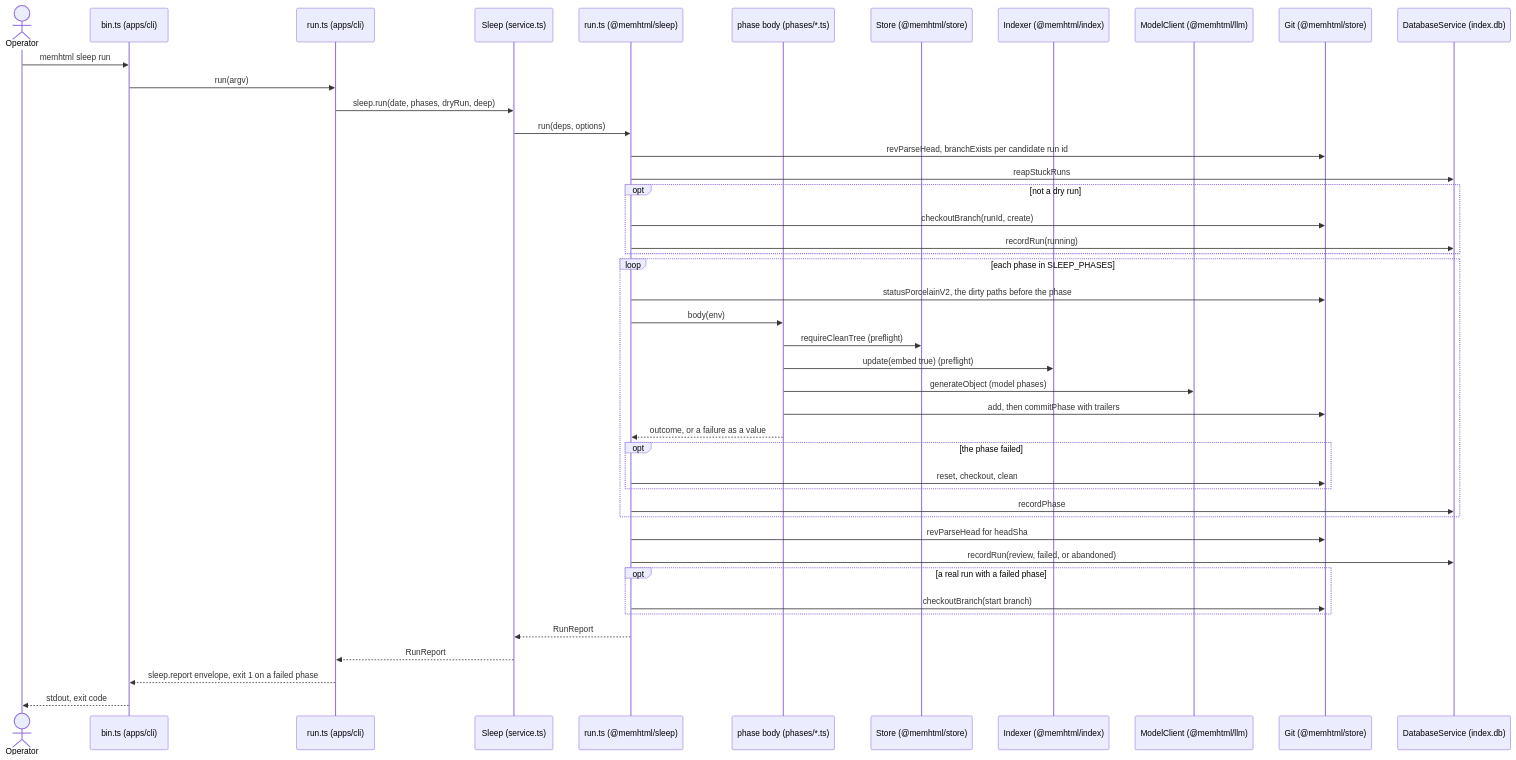
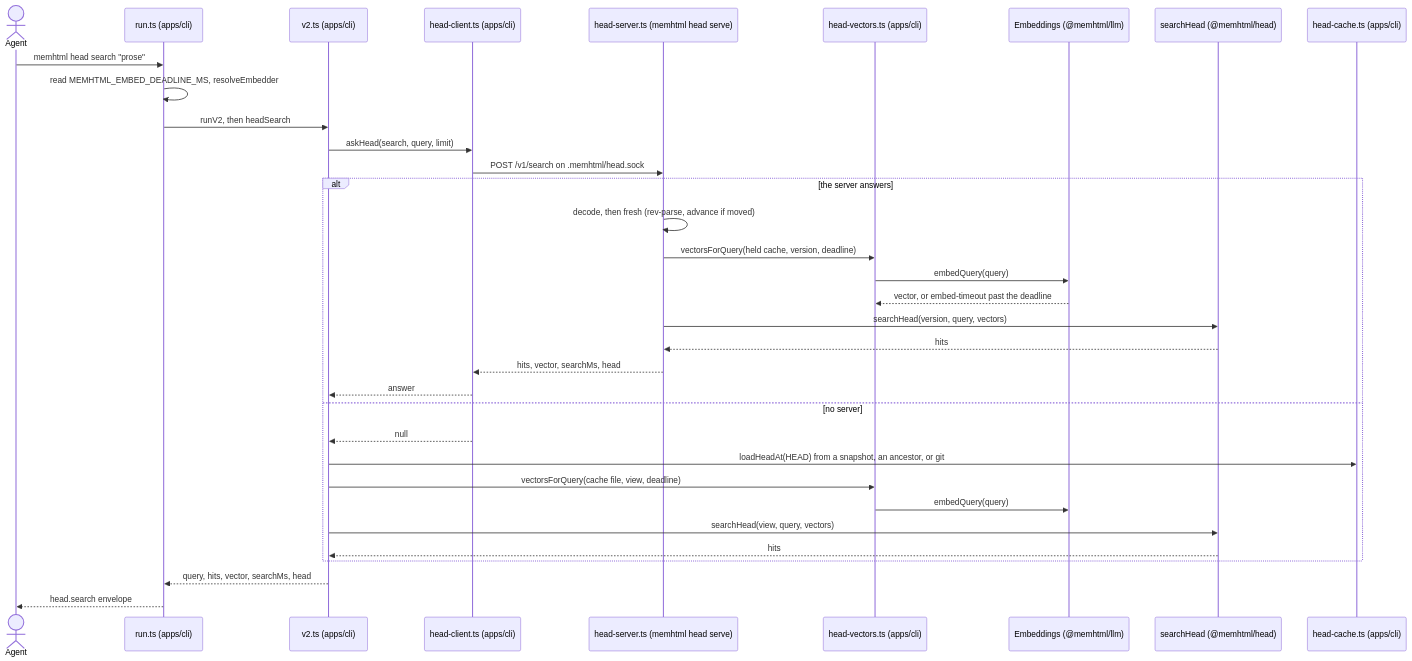
Before and after one commit to memhtml/memhtml: the fifth of 6 diagrams in docs/diagrams/behavioral/sequences.md, drawn with Mermaid. The commit also changed other lines of this file and 492 other files, not shown here.

First line of the commit message:
feat!: hold the corpus as an immutable head, write through sessions, and curate on a branch (#287)

````diff
--- a/docs/diagrams/behavioral/sequences.md
+++ b/docs/diagrams/behavioral/sequences.md
@@ -179,47 +277,37 @@
 ```mermaid
 sequenceDiagram
-    actor Operator
-    participant Bin as bin.ts (apps/cli)
+    actor Agent
     participant Run as run.ts (apps/cli)
-    participant Sleep as Sleep (service.ts)
-    participant Runner as run.ts (@memhtml/sleep)
-    participant Phase as phase body (phases/*.ts)
-    participant Store as Store (@memhtml/store)
-    participant Indexer as Indexer (@memhtml/index)
-    participant Model as ModelClient (@memhtml/llm)
-    participant Git as Git (@memhtml/store)
-    participant Db as DatabaseService (index.db)
+    participant V2 as v2.ts (apps/cli)
+    participant Client as head-client.ts (apps/cli)
+    participant Server as head-server.ts (memhtml head serve)
+    participant Vectors as head-vectors.ts (apps/cli)
+    participant Emb as Embeddings (@memhtml/llm)
+    participant Search as searchHead (@memhtml/head)
+    participant Cache as head-cache.ts (apps/cli)
 
-    Operator->>Bin: memhtml sleep run
-    Bin->>Run: run(argv)
-    Run->>Sleep: sleep.run(date, phases, dryRun, deep)
-    Sleep->>Runner: run(deps, options)
-    Runner->>Git: revParseHead, branchExists per candidate run id
-    Runner->>Db: reapStuckRuns
-    opt not a dry run
-        Runner->>Git: checkoutBranch(runId, create)
-        Runner->>Db: recordRun(running)
+    Agent->>Run: memhtml head search "prose"
+    Run->>Run: read MEMHTML_EMBED_DEADLINE_MS, resolveEmbedder
+    Run->>V2: runV2, then headSearch
+    V2->>Client: askHead(search, query, limit)
+    Client->>Server: POST /v1/search on .memhtml/head.sock
+    alt the server answers
+        Server->>Server: decode, then fresh (rev-parse, advance if moved)
+        Server->>Vectors: vectorsForQuery(held cache, version, deadline)
+        Vectors->>Emb: embedQuery(query)
+        Emb-->>Vectors: vector, or embed-timeout past the deadline
+        Server->>Search: searchHead(version, query, vectors)
+        Search-->>Server: hits
+        Server-->>Client: hits, vector, searchMs, head
+        Client-->>V2: answer
+    else no server
+        Client-->>V2: null
+        V2->>Cache: loadHeadAt(HEAD) from a snapshot, an ancestor, or git
+        V2->>Vectors: vectorsForQuery(cache file, view, deadline)
+        Vectors->>Emb: embedQuery(query)
+        V2->>Search: searchHead(view, query, vectors)
+        Search-->>V2: hits
     end
-    loop each phase in SLEEP_PHASES
-        Runner->>Git: statusPorcelainV2, the dirty paths before the phase
-        Runner->>Phase: body(env)
-        Phase->>Store: requireCleanTree (preflight)
-        Phase->>Indexer: update(embed true) (preflight)
-        Phase->>Model: generateObject (model phases)
-        Phase->>Git: add, then commitPhase with trailers
-        Phase-->>Runner: outcome, or a failure as a value
-        opt the phase failed
-            Runner->>Git: reset, checkout, clean
-        end
-        Runner->>Db: recordPhase
-    end
-    Runner->>Git: revParseHead for headSha
-    Runner->>Db: recordRun(review, failed, or abandoned)
-    opt a real run with a failed phase
-        Runner->>Git: checkoutBranch(start branch)
-    end
-    Runner-->>Sleep: RunReport
-    Sleep-->>Run: RunReport
-    Run-->>Bin: sleep.report envelope, exit 1 on a failed phase
-    Bin-->>Operator: stdout, exit code
+    V2-->>Run: query, hits, vector, searchMs, head
+    Run-->>Agent: head.search envelope
 ```
````
